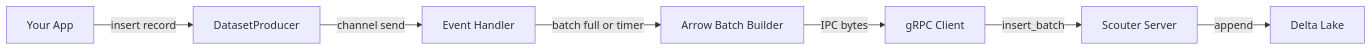
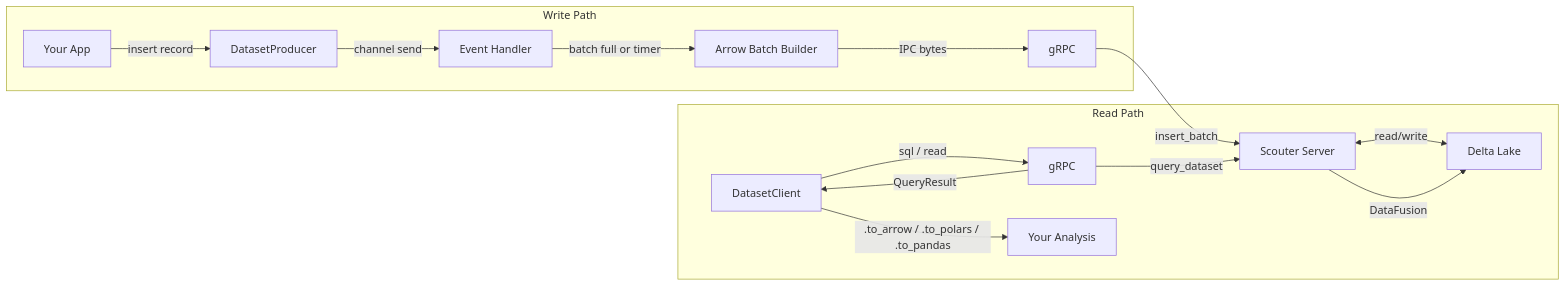
The diagram in py-scouter/docs/docs/datasets/overview.md (demml/scouter), drawn with Mermaid before and after one commit. The commit also changed other lines of this file and 29 other files, not shown here.

````diff
--- a/py-scouter/docs/docs/datasets/overview.md
+++ b/py-scouter/docs/docs/datasets/overview.md
@@ -20,9 +25,20 @@
 ```mermaid
 graph LR
-    A[Your App] -->|insert record| B[DatasetProducer]
-    B -->|channel send| C[Event Handler]
-    C -->|batch full or timer| D[Arrow Batch Builder]
-    D -->|IPC bytes| E[gRPC Client]
+    subgraph Write Path
+        A[Your App] -->|insert record| B[DatasetProducer]
+        B -->|channel send| C[Event Handler]
+        C -->|batch full or timer| D[Arrow Batch Builder]
+        D -->|IPC bytes| E[gRPC]
+    end
+
     E -->|insert_batch| F[Scouter Server]
-    F -->|append| G[Delta Lake]
+    F <-->|read/write| G[Delta Lake]
+
+    subgraph Read Path
+        H[DatasetClient] -->|sql / read| I[gRPC]
+        I -->|query_dataset| F
+        F -->|DataFusion| G
+        I -->|QueryResult| H
+        H -->|.to_arrow / .to_polars / .to_pandas| J[Your Analysis]
+    end
 ```
````
